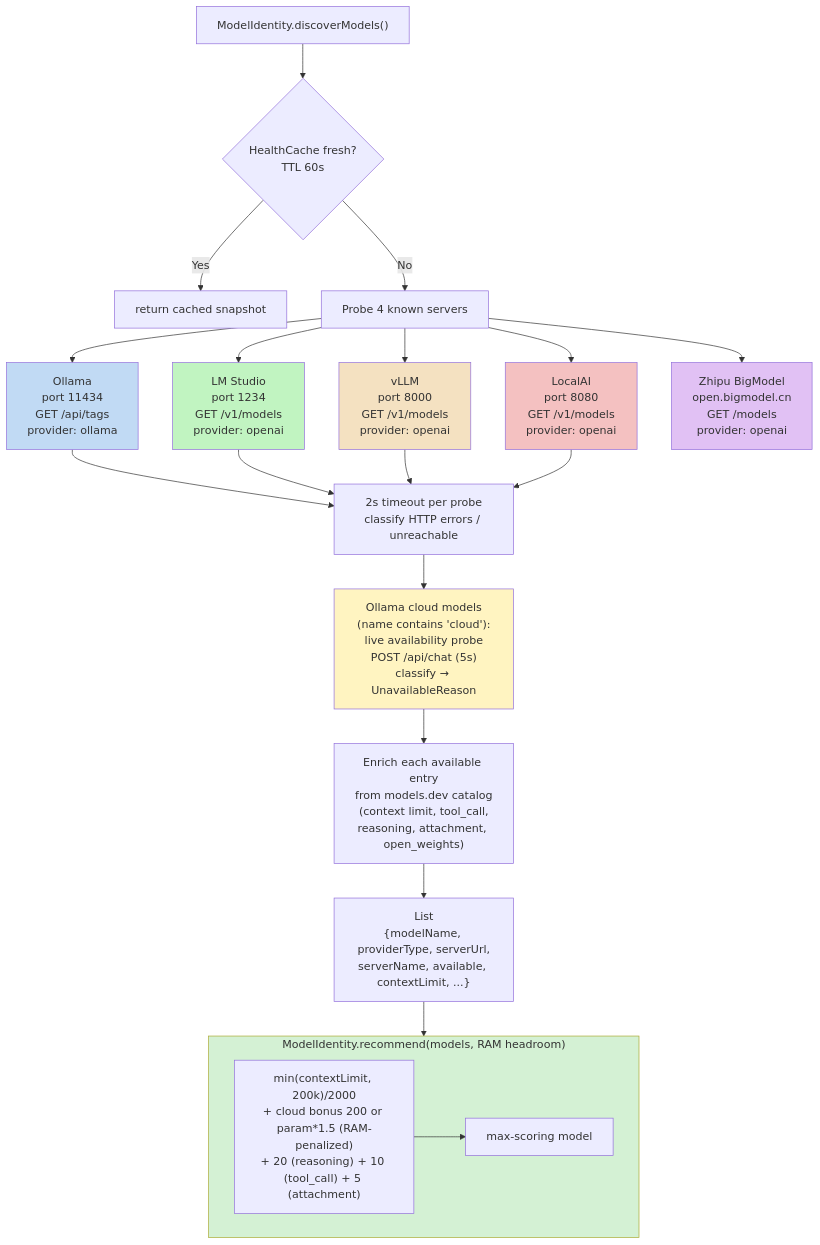
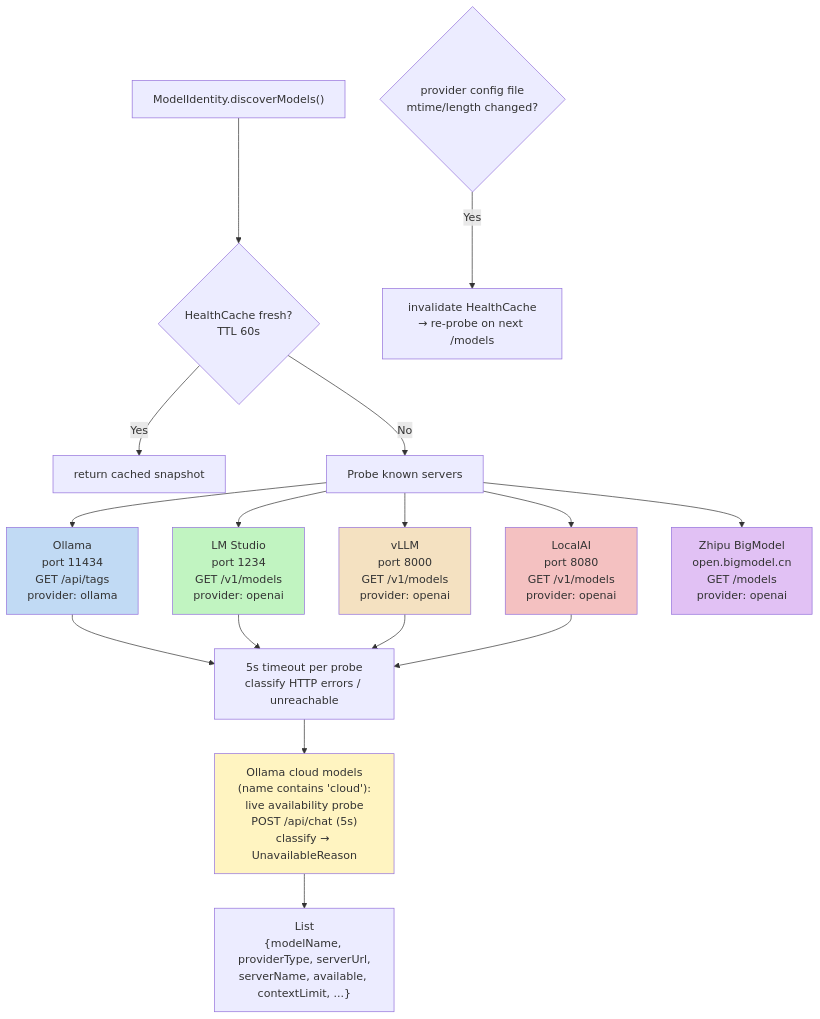
One commit to lg841226/Gradum changed the tenth of 29 diagrams in docs/ARCHITECTURE.md. Above: the diagram before and after it, drawn with Mermaid. The commit also changed other lines of this file and 26 other files, not shown here.

First line of the commit message:
Route provider detection through server and drop auto-select

````diff
--- a/docs/ARCHITECTURE.md
+++ b/docs/ARCHITECTURE.md
@@ -770,32 +770,27 @@
 ```mermaid
 flowchart TD
     START["ModelIdentity.discoverModels()"] --> CACHE{HealthCache fresh?<br/>TTL 60s}
     CACHE -- Yes --> CACHED["return cached snapshot"]
-    CACHE -- No --> PROBE[Probe 4 known servers]
+    CACHE -- No --> PROBE[Probe known servers]
     PROBE --> P1[Ollama<br/>port 11434<br/>GET /api/tags<br/>provider: ollama]
     PROBE --> P2[LM Studio<br/>port 1234<br/>GET /v1/models<br/>provider: openai]
     PROBE --> P3[vLLM<br/>port 8000<br/>GET /v1/models<br/>provider: openai]
     PROBE --> P4[LocalAI<br/>port 8080<br/>GET /v1/models<br/>provider: openai]
     PROBE --> P5["Zhipu BigModel<br/>open.bigmodel.cn<br/>GET /models<br/>provider: openai"]
-    P1 --> R1["2s timeout per probe<br/>classify HTTP errors / unreachable"]
+    P1 --> R1["5s timeout per probe<br/>classify HTTP errors / unreachable"]
     P2 --> R1
     P3 --> R1
     P4 --> R1
 
     R1 --> CLOUD["Ollama cloud models<br/>(name contains 'cloud'):<br/>live availability probe<br/>POST /api/chat (5s)<br/>classify → UnavailableReason"]
-    CLOUD --> META["Enrich each available entry<br/>from models.dev catalog<br/>(context limit, tool_call,<br/>reasoning, attachment, open_weights)"]
-    META --> RESULT["List<ModelEntry><br/>{modelName, providerType, serverUrl,<br/>serverName, available, contextLimit, ...}"]
+    CLOUD --> RESULT["List<ModelEntry><br/>{modelName, providerType, serverUrl,<br/>serverName, available, contextLimit, ...}"]
 
-    subgraph RECOMMEND["ModelIdentity.recommend(models, RAM headroom)"]
-        SCORE["min(contextLimit, 200k)/2000<br/>+ cloud bonus 200 or param*1.5 (RAM-penalized)<br/>+ 20 (reasoning) + 10 (tool_call) + 5 (attachment)"]
-        SCORE --> BEST["max-scoring model"]
-    end
-    RESULT --> RECOMMEND
+    PROBE_CONFIG{"provider config file<br/>mtime/length changed?"}
+    PROBE_CONFIG -- Yes --> CACHE_IVAL["invalidate HealthCache<br/>→ re-probe on next /models"]
     style P1 fill: #c1daf4
     style P2 fill: #c1f4c1
     style P3 fill: #f4e1c1
     style P4 fill: #f4c1c1
     style P5 fill: #e1c1f4
     style CLOUD fill: #fff4c1
-    style RECOMMEND fill: #d4f1d4
 ```
````
